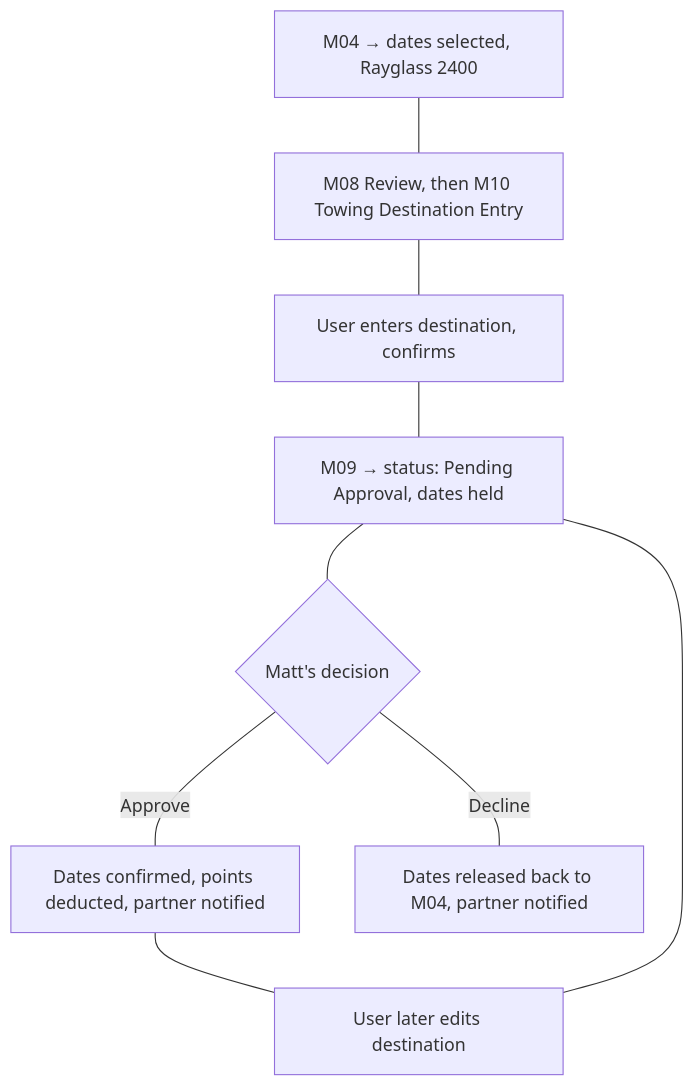
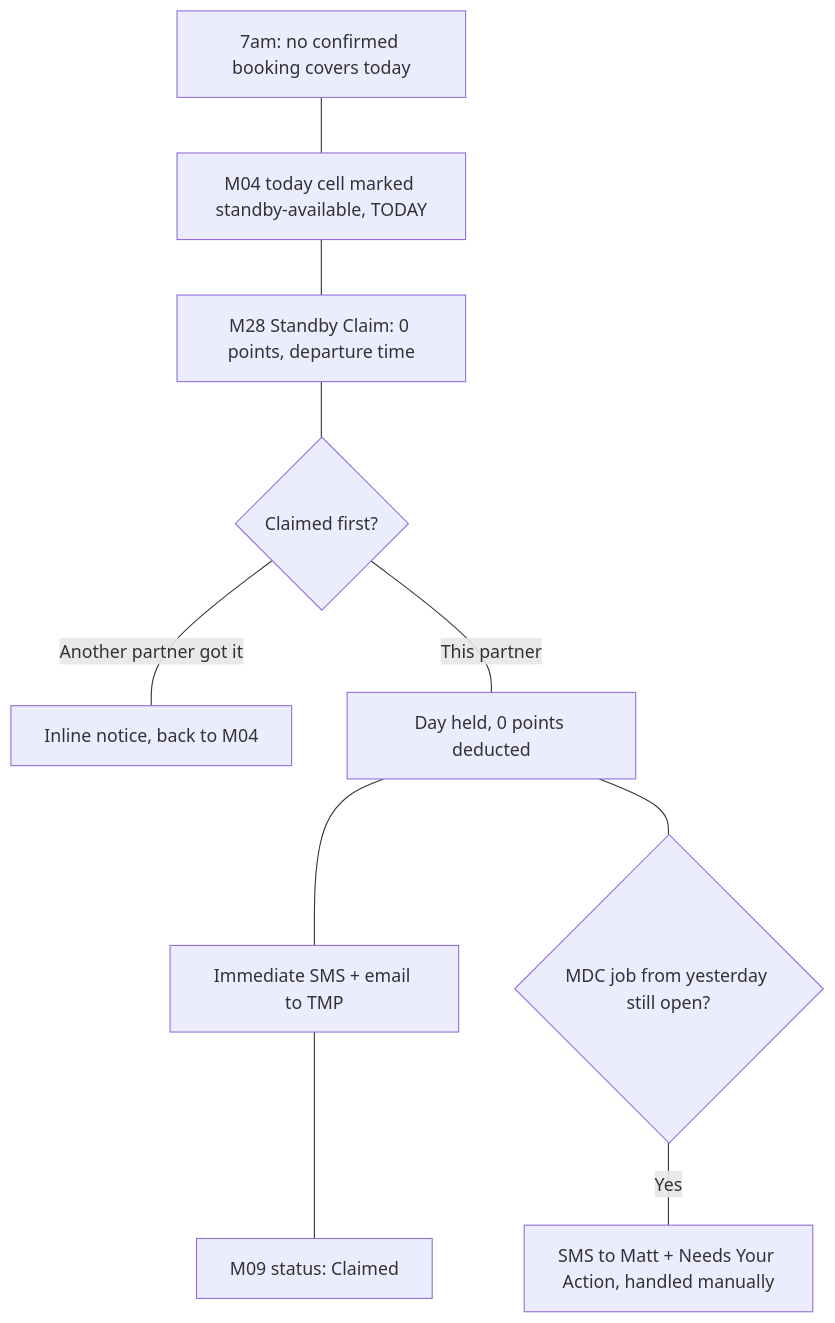
Before and after one commit to huongnguyen311/Offshore-Collective: the sixth of 6 diagrams in design/05-user-flows.md, drawn with Mermaid. The commit also changed other lines of this file and 25 other files, not shown here.

````diff
--- a/design/05-user-flows.md
+++ b/design/05-user-flows.md
@@ -341,12 +344,13 @@
 ```mermaid
 flowchart TD
-    A[M04 → dates selected, Rayglass 2400]
-    A --- B[M08 Review, then M10 Towing Destination Entry]
-    B --- C[User enters destination, confirms]
-    C --- D[M09 → status: Pending Approval, dates held]
-    D --- E{Matt's decision}
-    E -- Approve --- F[Dates confirmed, points deducted, partner notified]
-    E -- Decline --- G[Dates released back to M04, partner notified]
-    F --- H[User later edits destination]
-    H --- D
+    A[7am: no confirmed booking covers today]
+    A --- B[M04 today cell marked standby-available, TODAY]
+    B --- C[M28 Standby Claim: 0 points, departure time]
+    C --- D{Claimed first?}
+    D -- Another partner got it --- E[Inline notice, back to M04]
+    D -- This partner --- F[Day held, 0 points deducted]
+    F --- G[Immediate SMS + email to TMP]
+    G --- H[M09 status: Claimed]
+    F --- I{MDC job from yesterday still open?}
+    I -- Yes --- J[SMS to Matt + Needs Your Action, handled manually]
 ```
````
